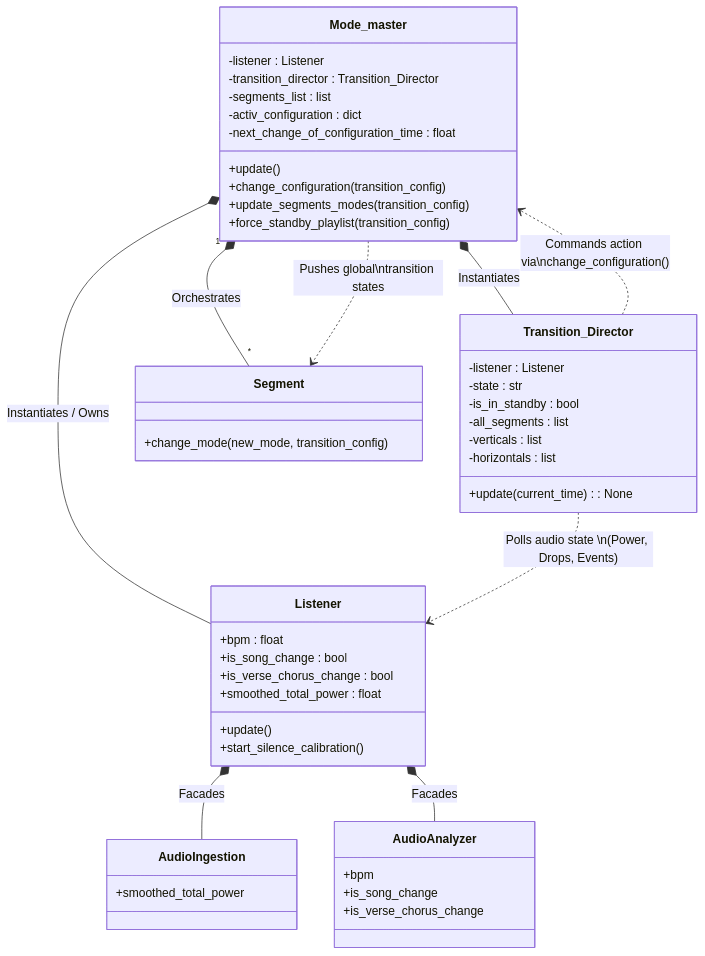
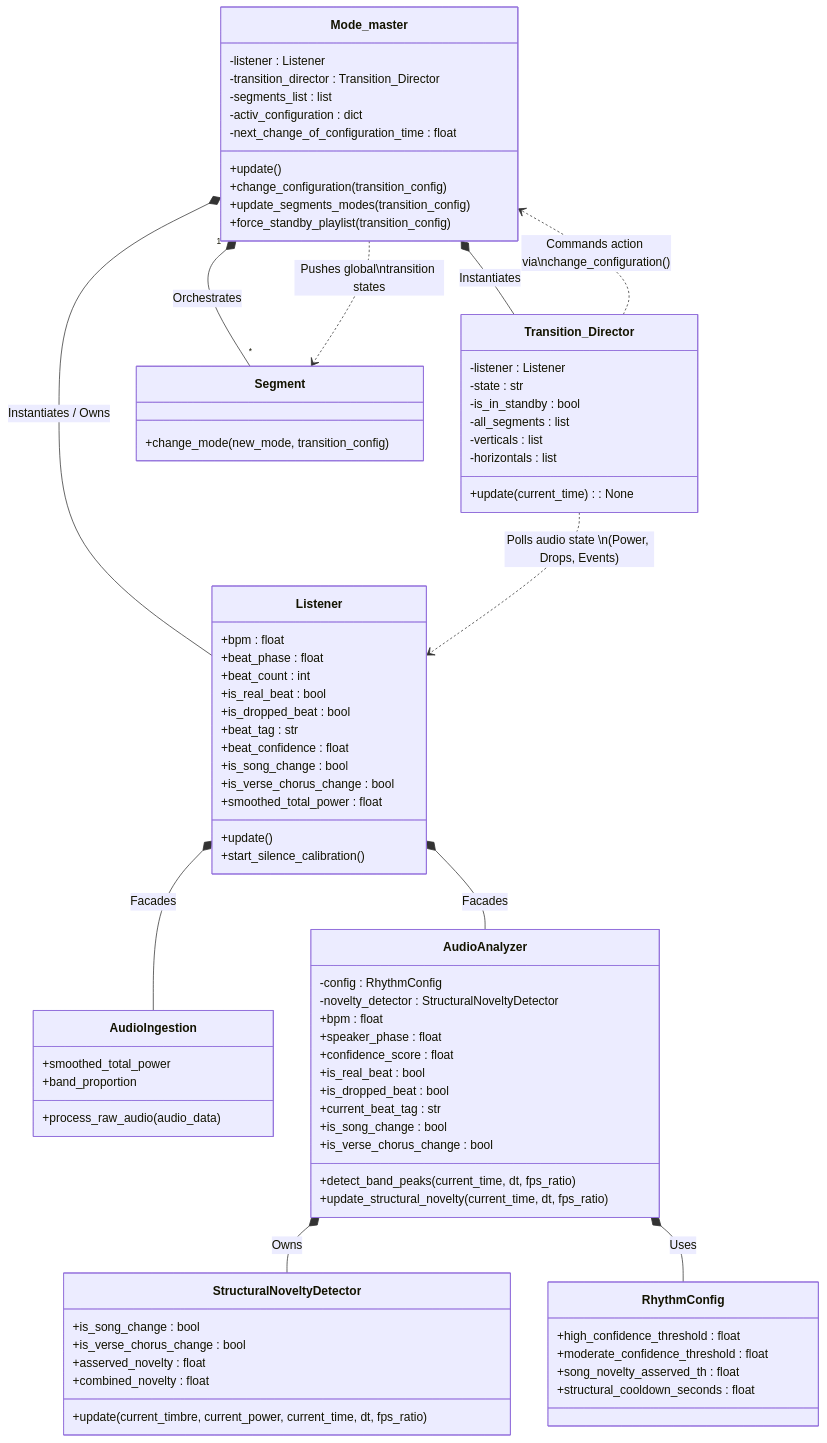
Before and after one commit to LucRobey/vialactee: the diagram in core/README.md, drawn with Mermaid. The commit also changed other lines of this file and 39 other files, not shown here.

```diff
--- a/core/README.md
+++ b/core/README.md
@@ -47,6 +50,12 @@
     %% Audio Facade & Analyzers
     class Listener {
         +bpm : float
+        +beat_phase : float
+        +beat_count : int
+        +is_real_beat : bool
+        +is_dropped_beat : bool
+        +beat_tag : str
+        +beat_confidence : float
         +is_song_change : bool
         +is_verse_chorus_change : bool
         +smoothed_total_power : float
@@ -56,12 +65,38 @@
 
     class AudioIngestion {
         +smoothed_total_power
+        +band_proportion
+        +process_raw_audio(audio_data)
+    }
+
+    class RhythmConfig {
+        +high_confidence_threshold : float
+        +moderate_confidence_threshold : float
+        +song_novelty_asserved_th : float
+        +structural_cooldown_seconds : float
+    }
+
+    class StructuralNoveltyDetector {
+        +is_song_change : bool
+        +is_verse_chorus_change : bool
+        +asserved_novelty : float
+        +combined_novelty : float
+        +update(current_timbre, current_power, current_time, dt, fps_ratio)
     }
   
     class AudioAnalyzer {
-        +bpm
-        +is_song_change
-        +is_verse_chorus_change
+        -config : RhythmConfig
+        -novelty_detector : StructuralNoveltyDetector
+        +bpm : float
+        +speaker_phase : float
+        +confidence_score : float
+        +is_real_beat : bool
+        +is_dropped_beat : bool
+        +current_beat_tag : str
+        +is_song_change : bool
+        +is_verse_chorus_change : bool
+        +detect_band_peaks(current_time, dt, fps_ratio)
+        +update_structural_novelty(current_time, dt, fps_ratio)
     }
 
     %% Hardware & Visual Outputs
@@ -77,6 +112,8 @@
     Mode_master "1" *-- "*" Segment : Orchestrates
     Listener *-- AudioIngestion : Facades
     Listener *-- AudioAnalyzer : Facades
+    AudioAnalyzer *-- StructuralNoveltyDetector : Owns
+    AudioAnalyzer *-- RhythmConfig : Uses
 
     %% Logic Flow
     Transition_Director ..> Listener : Polls audio state \n(Power, Drops, Events)
```
